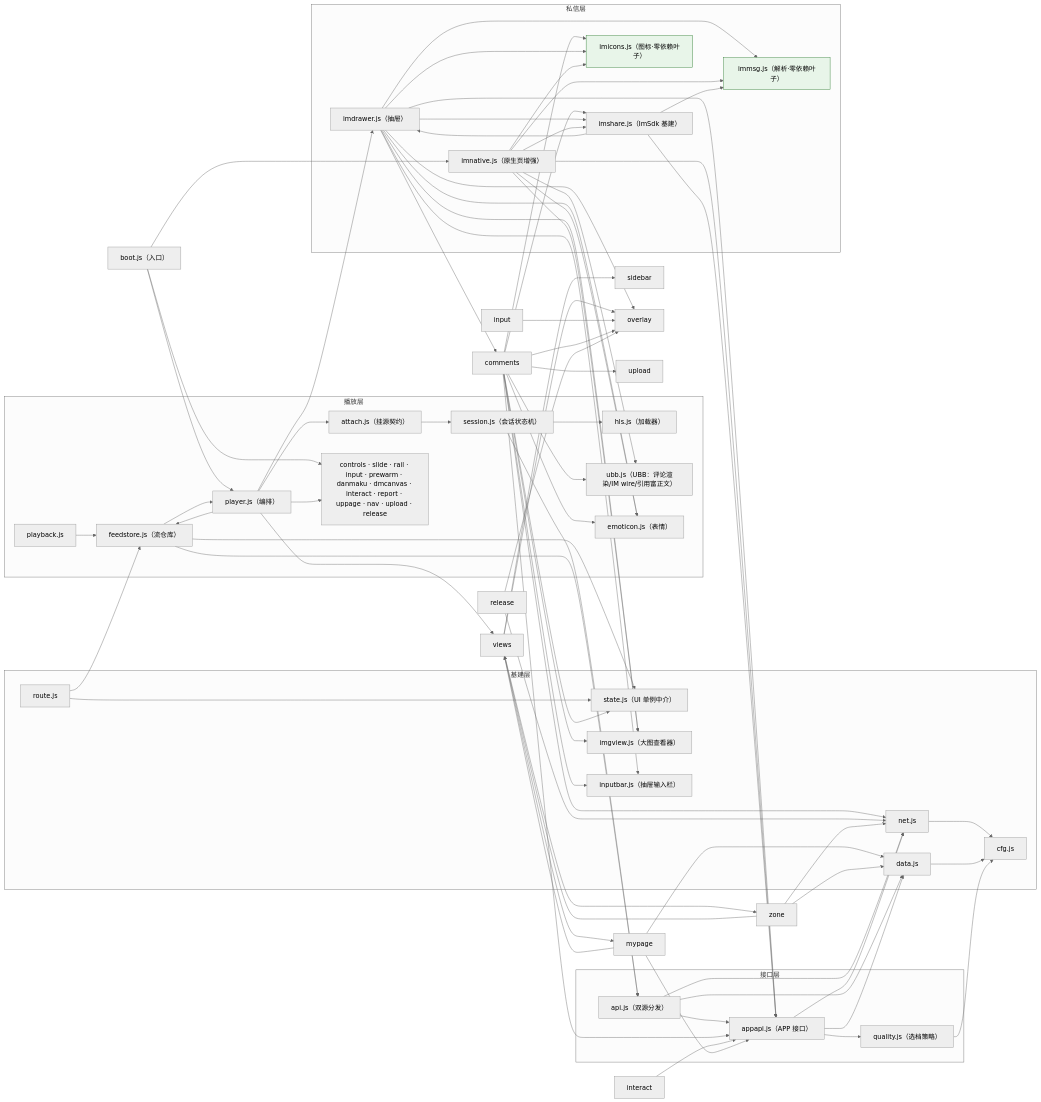
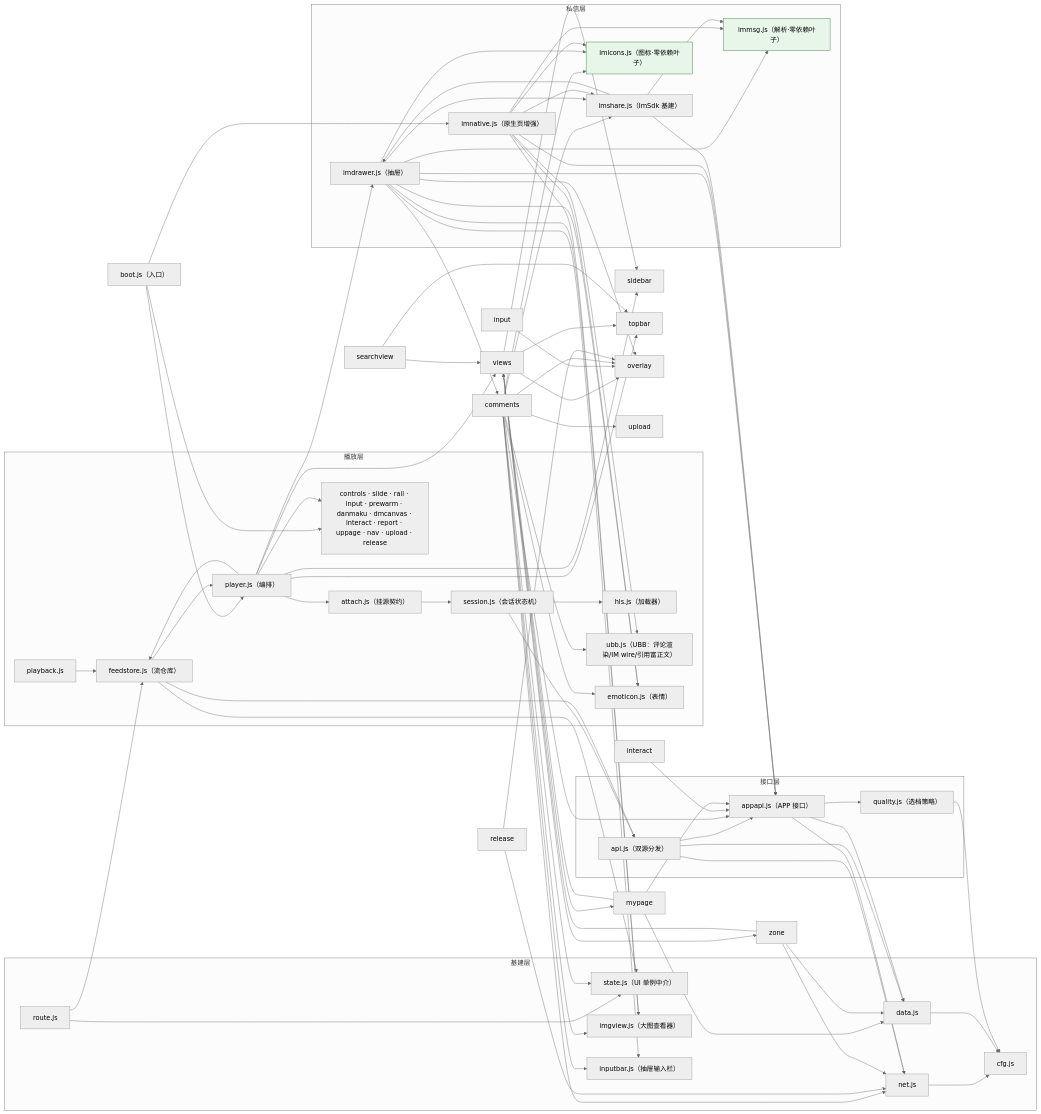
One commit to name-xxl/acfun-svfeed changed the diagram in README.md. Above: the diagram before and after it, drawn with Mermaid (neutral theme). The commit also changed other lines of this file and 11 other files, not shown here.

````diff
--- a/README.md
+++ b/README.md
@@ -1550,68 +1584,69 @@
 ```mermaid
 flowchart LR
   subgraph base["基建层"]
     cfg["cfg.js"]
     net["net.js"]
     data["data.js"]
     state["state.js（UI 单例中介）"]
     route["route.js"]
     imgview["imgview.js（大图查看器）"]
     inputbar["inputbar.js（抽屉输入栏）"]
   end
 
   subgraph apilayer["接口层"]
     api["api.js（双源分发）"]
     appapi["appapi.js（APP 接口）"]
     quality["quality.js（选档策略）"]
   end
 
   subgraph play["播放层"]
     hls["hls.js（加载器）"]
     session["session.js（会话状态机）"]
     attach["attach.js（挂源契约）"]
     player["player.js（编排）"]
     feedstore["feedstore.js（流仓库）"]
     pb["playback.js"]
     ubb["ubb.js（UBB：评论渲染/IM wire/引用富正文）"]
     emoticon["emoticon.js（表情）"]
     others["controls · slide · rail · input · prewarm · danmaku · dmcanvas · interact · report · uppage · nav · upload · release"]
   end
 
   subgraph im["私信层"]
     imshare["imshare.js（ImSdk 基建）"]
     imdrawer["imdrawer.js（抽屉）"]
     imnative["imnative.js（原生页增强）"]
     immsg["immsg.js（解析·零依赖叶子）"]
     imicons["imicons.js（图标·零依赖叶子）"]
   end
 
   boot["boot.js（入口）"]
 
   net --> cfg
   data --> cfg
   route --> state & feedstore
   quality --> cfg
 
   api --> net & data & appapi
   appapi --> net & data & quality
 
   boot --> player & others & imnative
-  player --> attach & others & feedstore & imdrawer & views
-  views --> sidebar & overlay & mypage & zone
+  player --> attach & others & feedstore & imdrawer & views & sidebar & topbar
+  views --> sidebar & overlay & topbar & mypage & zone
+  searchview --> views & topbar
   input --> overlay
   comments --> ubb & emoticon & inputbar & imgview & appapi & net & upload & state & imicons & imshare & overlay
   attach --> session
   session --> api & hls
   pb --> feedstore
   feedstore --> api & state & player
   interact --> appapi
   release --> net & overlay
   imdrawer --> imshare & immsg & imicons & appapi & emoticon & inputbar & imgview & comments & overlay
   imnative --> immsg & imicons & appapi & imshare & emoticon & ubb & imgview
   imshare --> appapi & imdrawer & immsg
   mypage --> appapi & data & views
   zone --> net & data & views
 
   classDef leaf fill:#e8f5e9,stroke:#2e7d32;
   class immsg,imicons leaf;
 ```
````
